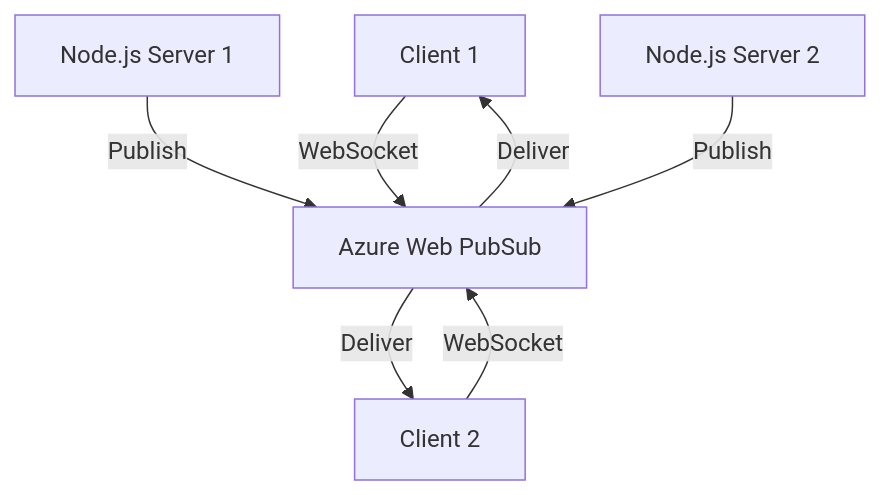
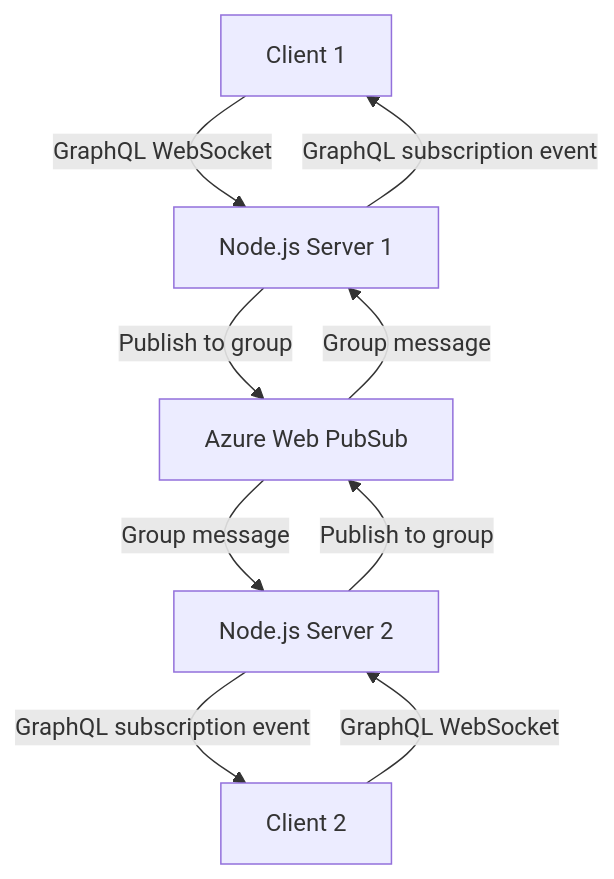
Before and after one commit to OneUptime/blog: the diagram in posts/2026-02-16-how-to-build-a-graphql-subscription-api-with-azure-web-pubsub-and-nodejs/README.md, drawn with Mermaid. The commit also changed other lines of this file and 2 other files, not shown here.

Commit message:
validate: 2026-02-16-how-to-build-a-graphql-subscription-api-with-azure-web-pubsub-and-nodejs

````diff
--- a/posts/2026-02-16-how-to-build-a-graphql-subscription-api-with-azure-web-pubsub-and-nodejs/README.md
+++ b/posts/2026-02-16-how-to-build-a-graphql-subscription-api-with-azure-web-pubsub-and-nodejs/README.md
@@ -19,9 +19,11 @@
 ```mermaid
 graph TD
-    A[Client 1] -->|WebSocket| B[Azure Web PubSub]
-    C[Client 2] -->|WebSocket| B
-    D[Node.js Server 1] -->|Publish| B
-    E[Node.js Server 2] -->|Publish| B
-    B -->|Deliver| A
-    B -->|Deliver| C
+    A[Client 1] -->|GraphQL WebSocket| D[Node.js Server 1]
+    C[Client 2] -->|GraphQL WebSocket| E[Node.js Server 2]
+    D -->|Publish to group| B[Azure Web PubSub]
+    E -->|Publish to group| B
+    B -->|Group message| D
+    B -->|Group message| E
+    D -->|GraphQL subscription event| A
+    E -->|GraphQL subscription event| C
 ```
````
